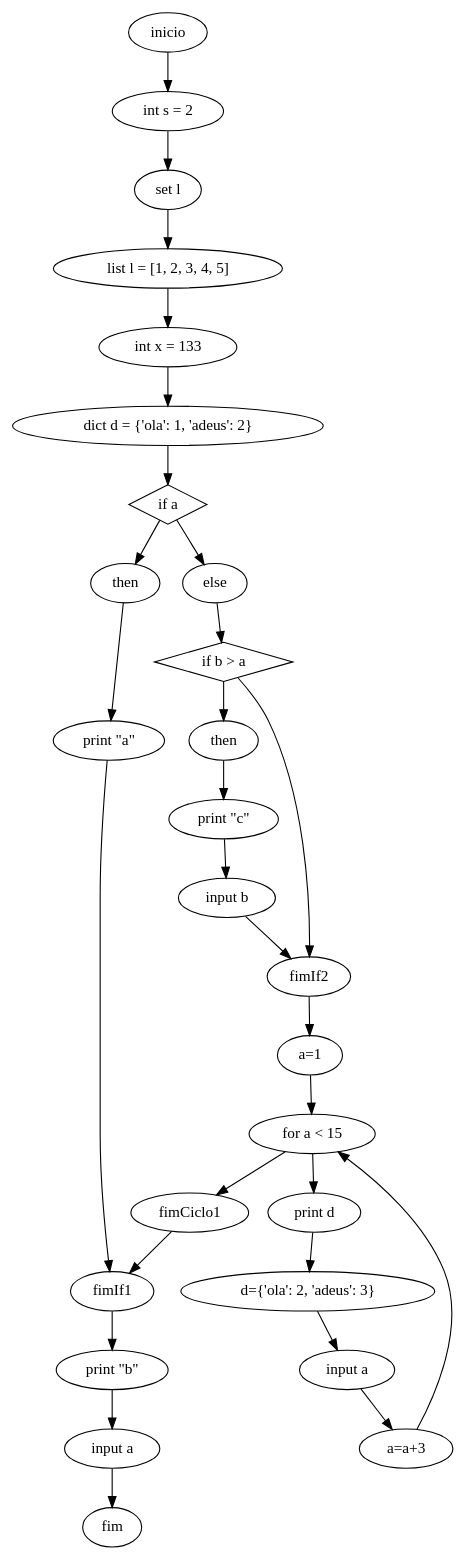
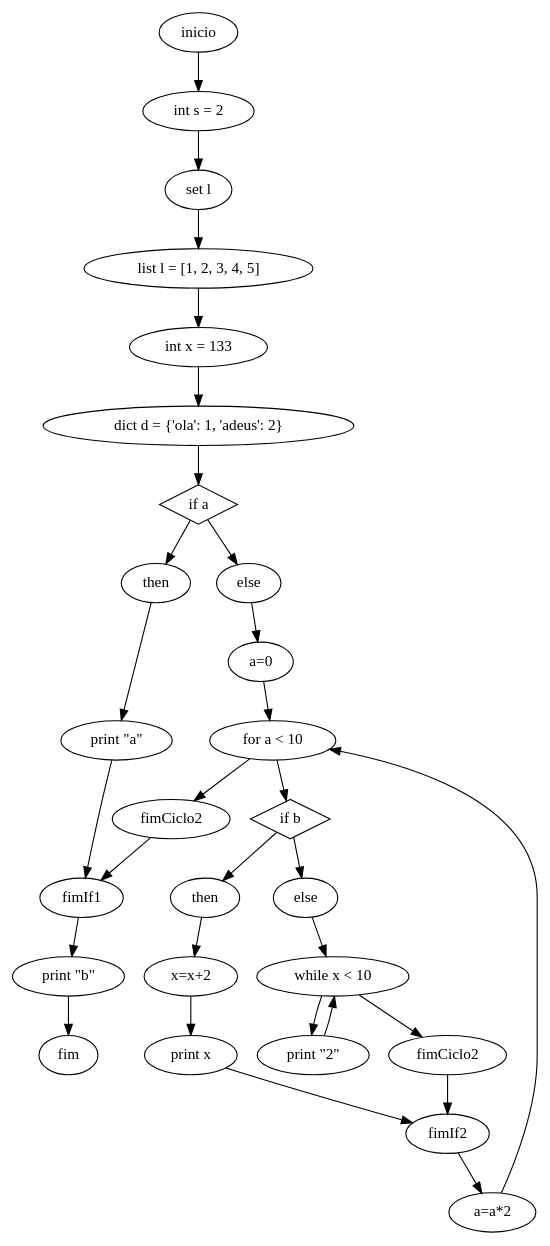
The diagram in TP3/cfg.dot (joaoprp111/TP-EngenhariaGramatical-2022), drawn with Graphviz before and after one commit. The commit also changed 4 other files, not shown here.

```diff
--- a/TP3/cfg.dot
+++ b/TP3/cfg.dot
@@ -1,56 +1,57 @@
 digraph cfg {
 	0 [label=inicio]
 	1 [label="int s = 2"]
 	0 -> 1
 	2 [label="set l"]
 	1 -> 2
 	3 [label="list l = [1, 2, 3, 4, 5]"]
 	2 -> 3
 	4 [label="int x = 133"]
 	3 -> 4
 	5 [label="dict d = {'ola': 1, 'adeus': 2}"]
 	4 -> 5
 	6 [label="if a" shape=diamond]
 	7 [label=then]
 	6 -> 7
 	8 [label=fimIf1]
 	9 [label="print \"a\""]
 	7 -> 9
 	9 -> 8
 	10 [label=else]
 	6 -> 10
-	11 [label="if b > a" shape=diamond]
-	12 [label=then]
+	11 [label="a=0"]
+	10 -> 11
+	12 [label="for a < 10"]
 	11 -> 12
-	13 [label=fimIf2]
-	14 [label="print \"c\""]
+	13 [label="a=a*2"]
+	14 [label="if b" shape=diamond]
+	15 [label=then]
+	14 -> 15
+	16 [label=fimIf2]
+	17 [label="x=x+2"]
+	15 -> 17
+	18 [label="print x"]
+	17 -> 18
+	18 -> 16
+	19 [label=else]
+	14 -> 19
+	20 [label="while x < 10"]
+	19 -> 20
+	21 [label="print \"2\""]
+	20 -> 21
+	21 -> 20
+	22 [label=fimCiclo2]
+	20 -> 22
+	22 -> 16
 	12 -> 14
-	15 [label="input b"]
-	14 -> 15
-	15 -> 13
-	10 -> 11
-	11 -> 13
-	16 [label="a=1"]
-	13 -> 16
-	17 [label="for a < 15"]
-	16 -> 17
-	18 [label="a=a+3"]
-	19 [label="print d"]
-	17 -> 19
-	20 [label="d={'ola': 2, 'adeus': 3}"]
-	19 -> 20
-	21 [label="input a"]
-	20 -> 21
-	21 -> 18
-	18 -> 17
-	22 [label=fimCiclo1]
-	17 -> 22
-	22 -> 8
+	16 -> 13
+	13 -> 12
+	23 [label=fimCiclo2]
+	12 -> 23
+	23 -> 8
 	5 -> 6
-	23 [label="print \"b\""]
-	8 -> 23
-	24 [label="input a"]
-	23 -> 24
+	24 [label="print \"b\""]
+	8 -> 24
 	25 [label=fim]
 	24 -> 25
 }
```
